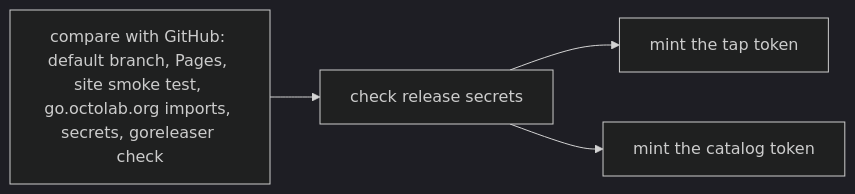
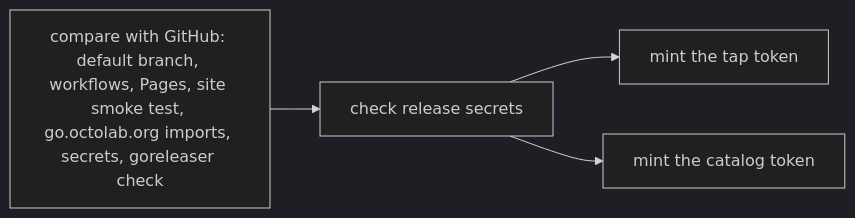
Before and after one commit to octopot/indexit: the sixth of 10 diagrams in .github/workflows/README.md, drawn with Mermaid (dark theme). The commit also changed other lines of this file and 3 other files, not shown here.

Commit message:
ci/cd: let doctor accept workflows kept off on purpose, declare cleanup.stale and read the shared organization secrets

````diff
--- a/.github/workflows/README.md
+++ b/.github/workflows/README.md
@@ -194,4 +193,4 @@
 ```mermaid
 flowchart LR
-  doctor[compare with GitHub: default branch, Pages, site smoke test, go.octolab.org imports, secrets, goreleaser check] --> preflight[check release secrets] --> token[mint the tap token] & catalog[mint the catalog token]
+  doctor[compare with GitHub: default branch, workflows, Pages, site smoke test, go.octolab.org imports, secrets, goreleaser check] --> preflight[check release secrets] --> token[mint the tap token] & catalog[mint the catalog token]
 ```
````
